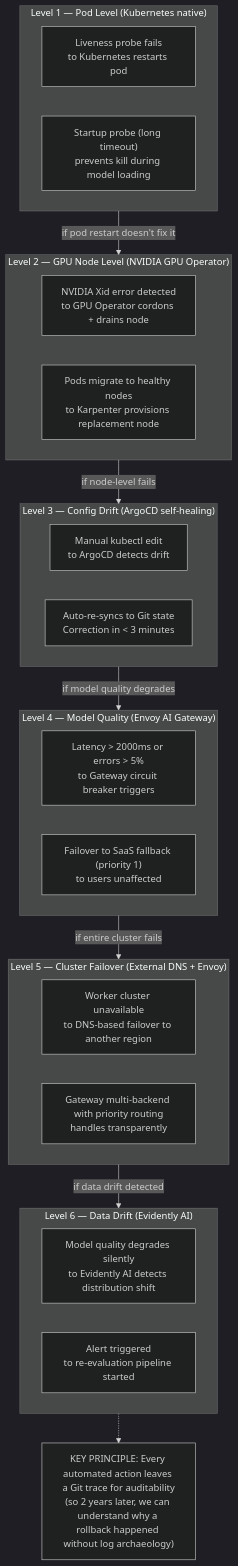
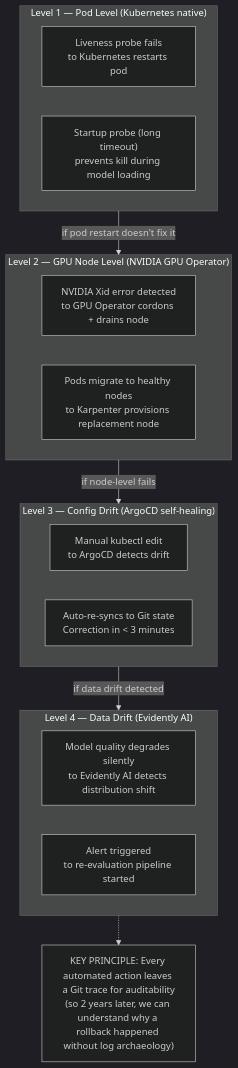
One commit to ADORSYS-GIS/Custom-Ai-Ops changed the sixth of 7 diagrams in README.md. Above: the diagram before and after it, drawn with Mermaid (dark theme). The commit also changed other lines of this file and 111 other files, not shown here.

````diff
--- a/README.md
+++ b/README.md
@@ -378,41 +318,29 @@
 ```mermaid
 graph TB
     subgraph Layer1["Level 1 — Pod Level (Kubernetes native)"]
         L1A["Liveness probe fails<br/>to Kubernetes restarts pod"]
         L1B["Startup probe (long timeout)<br/>prevents kill during model loading"]
     end
 
     subgraph Layer2["Level 2 — GPU Node Level (NVIDIA GPU Operator)"]
         L2A["NVIDIA Xid error detected<br/>to GPU Operator cordons + drains node"]
         L2B["Pods migrate to healthy nodes<br/>to Karpenter provisions replacement node"]
     end
 
     subgraph Layer3["Level 3 — Config Drift (ArgoCD self-healing)"]
         L3A["Manual kubectl edit<br/>to ArgoCD detects drift"]
         L3B["Auto-re-syncs to Git state<br/>Correction in < 3 minutes"]
     end
 
-    subgraph Layer4["Level 4 — Model Quality (Envoy AI Gateway)"]
-        L4A["Latency > 2000ms or errors > 5%<br/>to Gateway circuit breaker triggers"]
-        L4B["Failover to SaaS fallback (priority 1)<br/>to users unaffected"]
-    end
-
-    subgraph Layer5["Level 5 — Cluster Failover (External DNS + Envoy)"]
-        L5A["Worker cluster unavailable<br/>to DNS-based failover to another region"]
-        L5B["Gateway multi-backend with priority routing<br/>handles transparently"]
-    end
-
-    subgraph Layer6["Level 6 — Data Drift (Evidently AI)"]
-        L6A["Model quality degrades silently<br/>to Evidently AI detects distribution shift"]
-        L6B["Alert triggered<br/>to re-evaluation pipeline started"]
+    subgraph Layer4["Level 4 — Data Drift (Evidently AI)"]
+        L4A["Model quality degrades silently<br/>to Evidently AI detects distribution shift"]
+        L4B["Alert triggered<br/>to re-evaluation pipeline started"]
     end
 
     Layer1 -->|"if pod restart doesn't fix it"| Layer2
     Layer2 -->|"if node-level fails"| Layer3
-    Layer3 -->|"if model quality degrades"| Layer4
-    Layer4 -->|"if entire cluster fails"| Layer5
-    Layer5 -->|"if data drift detected"| Layer6
+    Layer3 -->|"if data drift detected"| Layer4
 
     Principle["KEY PRINCIPLE: Every automated action leaves a Git trace for auditability<br/>(so 2 years later, we can understand why a rollback happened without log archaeology)"]
-    Layer6 -.-> Principle
+    Layer4 -.-> Principle
 ```
````
